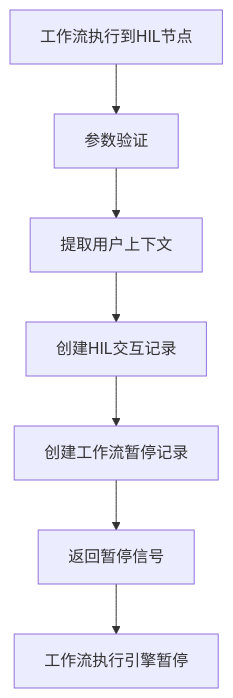
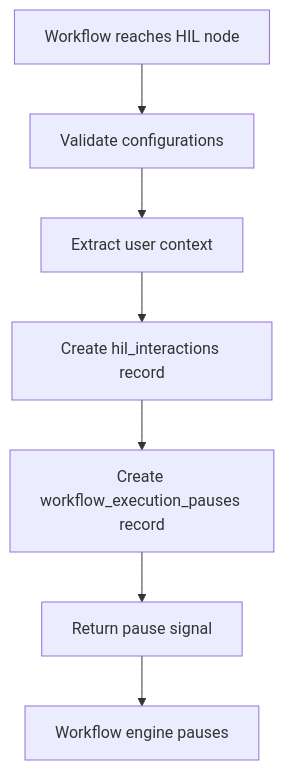
One commit to CurvatureX/agent_team_monorepo changed the first of 5 diagrams in docs/tech-design/new_workflow_spec.md. Above: the diagram before and after it, drawn with Mermaid. The commit also changed other lines of this file and 22 other files, not shown here.

````diff
--- a/docs/tech-design/new_workflow_spec.md
+++ b/docs/tech-design/new_workflow_spec.md
@@ -897,9 +1203,9 @@
 ```mermaid
 graph TD
-    A[工作流执行到HIL节点] --> B[参数验证]
-    B --> C[提取用户上下文]
-    C --> D[创建HIL交互记录]
-    D --> E[创建工作流暂停记录]
-    E --> F[返回暂停信号]
-    F --> G[工作流执行引擎暂停]
+    A[Workflow reaches HIL node] --> B[Validate configurations]
+    B --> C[Extract user context]
+    C --> D[Create hil_interactions record]
+    D --> E[Create workflow_execution_pauses record]
+    E --> F[Return pause signal]
+    F --> G[Workflow engine pauses]
 ```
````
